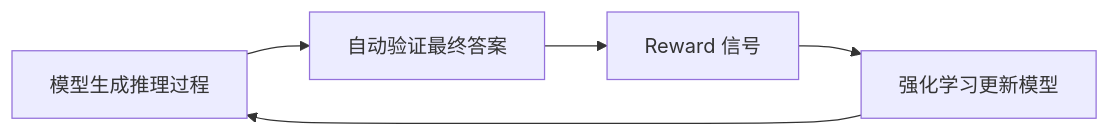
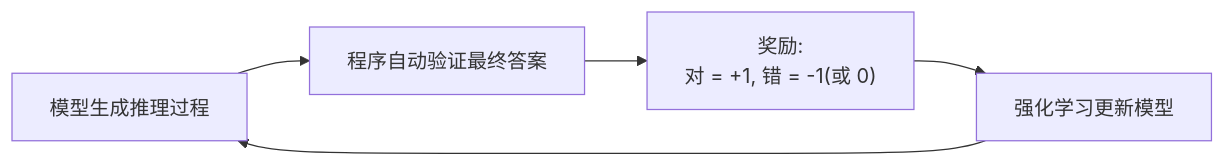
One commit to AI-learning-simple/Build-Your-Own-LLM changed the second of 3 diagrams in 2. Alignment 与训练工程/4. Reasoning Alignment——模型如何学会真正推理.md. Above: the diagram before and after it, drawn with Mermaid. The commit also changed other lines of this file and 41 other files, not shown here.

````diff
--- a/2. Alignment 与训练工程/4. Reasoning Alignment——模型如何学会真正推理.md
+++ b/2. Alignment 与训练工程/4. Reasoning Alignment——模型如何学会真正推理.md
@@ -38,4 +60,4 @@
 ```mermaid
 flowchart LR
-    A[模型生成推理过程] --> B[自动验证最终答案] --> C[Reward 信号] --> D[强化学习更新模型] --> A
+    A[模型生成推理过程] --> B[程序自动验证最终答案] --> C["奖励:<br/>对 = +1, 错 = -1(或 0)"] --> D[强化学习更新模型] --> A
 ```
````
